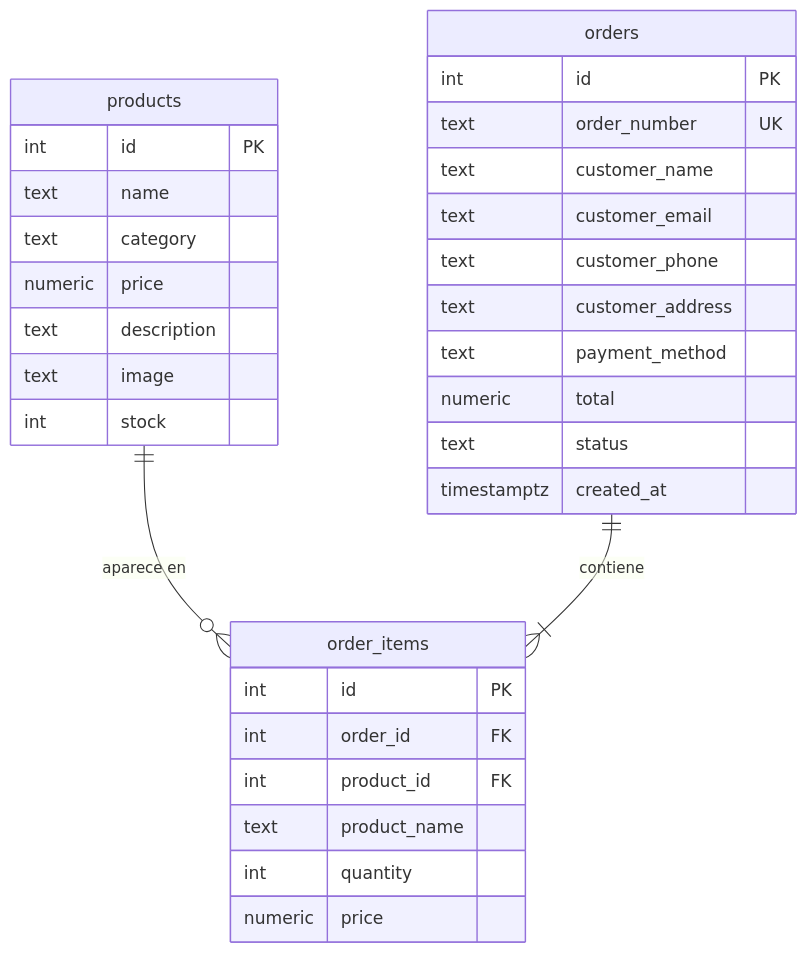
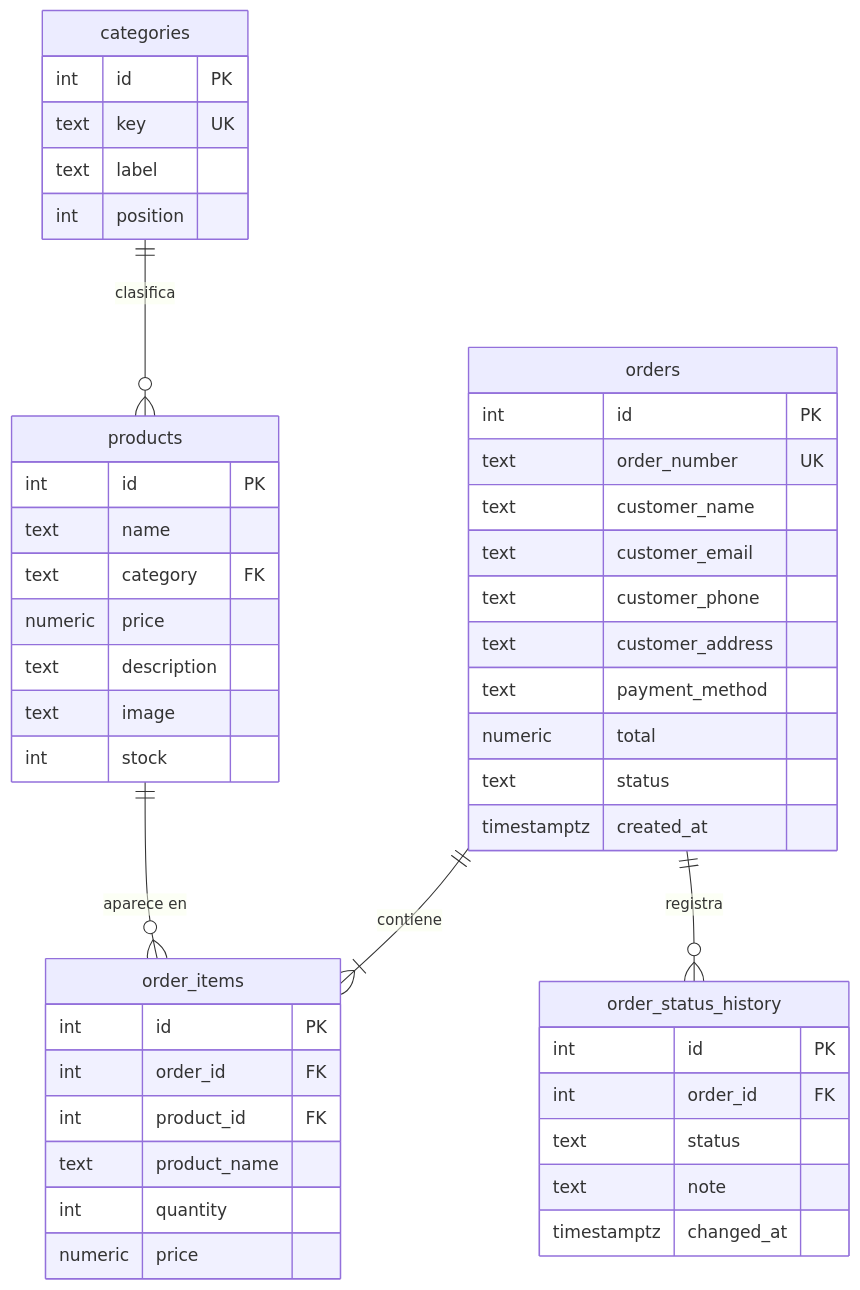
The sixth of 7 diagrams in docs/arquitectura.md (Alejandro-Paz05/Proyecto_ISW2), drawn with Mermaid before and after one commit. The commit also changed other lines of this file and 2 other files, not shown here.

First line of the commit message:
docs(arquitectura): reflejar las dos tablas nuevas en el modelo y los diagramas

````diff
--- a/docs/arquitectura.md
+++ b/docs/arquitectura.md
@@ -182,35 +185,50 @@
 ```mermaid
 erDiagram
+    categories ||--o{ products : clasifica
     products ||--o{ order_items : "aparece en"
     orders ||--|{ order_items : contiene
+    orders ||--o{ order_status_history : registra
 
+    categories {
+        int id PK
+        text key UK
+        text label
+        int position
+    }
     products {
         int id PK
         text name
-        text category
+        text category FK
         numeric price
         text description
         text image
         int stock
     }
     orders {
         int id PK
         text order_number UK
         text customer_name
         text customer_email
         text customer_phone
         text customer_address
         text payment_method
         numeric total
         text status
         timestamptz created_at
     }
     order_items {
         int id PK
         int order_id FK
         int product_id FK
         text product_name
         int quantity
         numeric price
     }
+    order_status_history {
+        int id PK
+        int order_id FK
+        text status
+        text note
+        timestamptz changed_at
+    }
 ```
````
